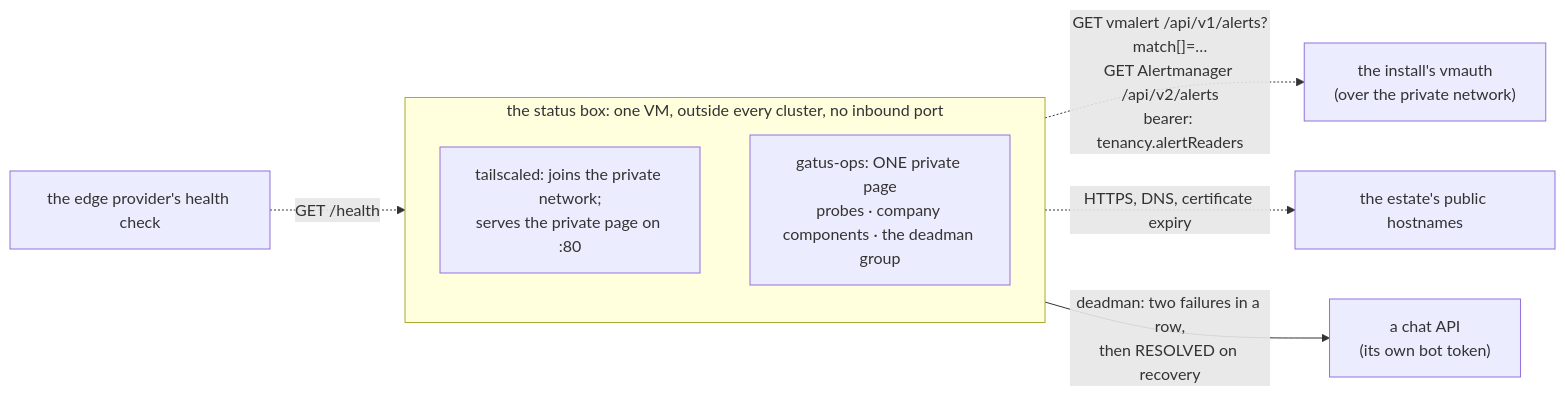
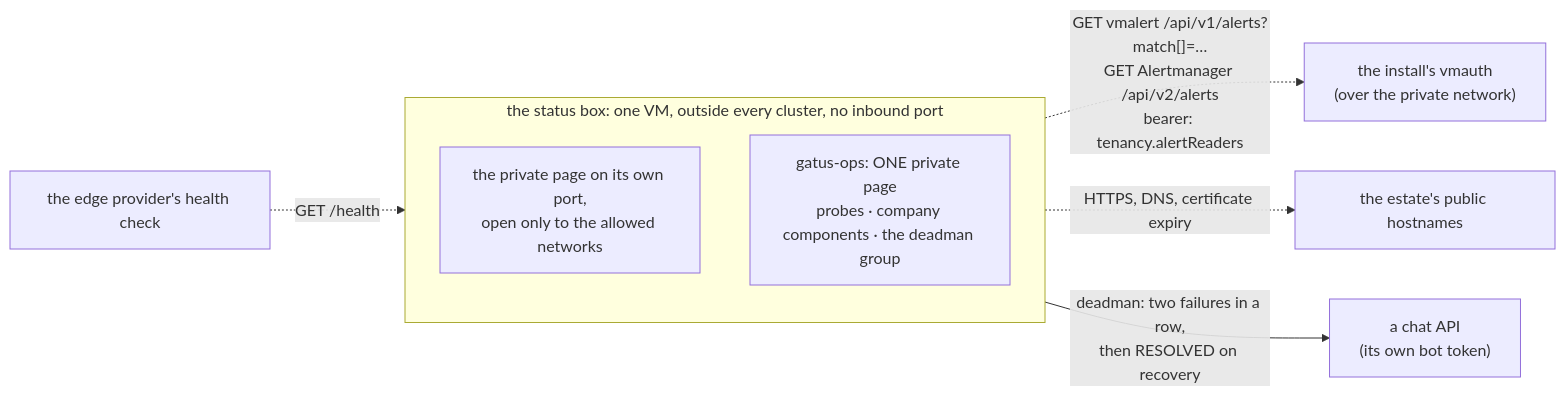
One commit to truvity/observability changed the first of 2 diagrams in docs/statusbox.md. Above: the diagram before and after it, drawn with Mermaid. The commit also changed other lines of this file and 40 other files, not shown here.

````diff
--- a/docs/statusbox.md
+++ b/docs/statusbox.md
@@ -6,12 +7,12 @@
 ```mermaid
 flowchart LR
   subgraph box["the status box: one VM, outside every cluster, no inbound port"]
     direction TB
-    ts["tailscaled: joins the private network;<br/>serves the private page on :80"]
+    ts["the private page on its own port,<br/>open only to the allowed networks"]
     gatus["gatus-ops: ONE private page<br/>probes · company components · the deadman group"]
   end
   gatus -. "GET vmalert /api/v1/alerts?match[]=…<br/>GET Alertmanager /api/v2/alerts<br/>bearer: tenancy.alertReaders" .-> vmauth["the install's vmauth<br/>(over the private network)"]
   gatus -. "HTTPS, DNS, certificate expiry" .-> hosts["the estate's public hostnames"]
   gatus -- "deadman: two failures in a row,<br/>then RESOLVED on recovery" --> chat["a chat API<br/>(its own bot token)"]
   edge["the edge provider's health check"] -. "GET /health" .-> gatus
 ```
````
